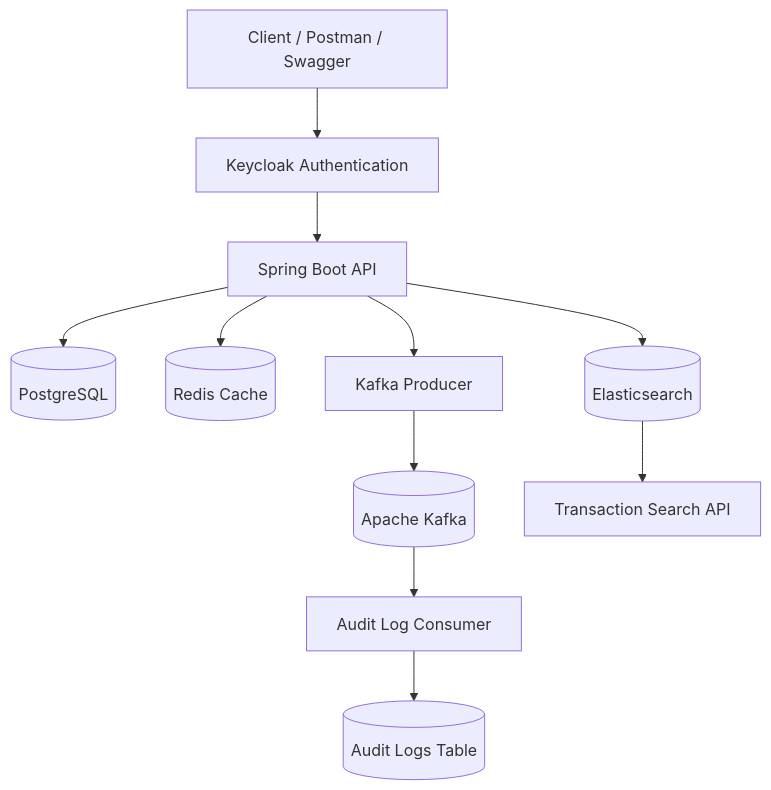
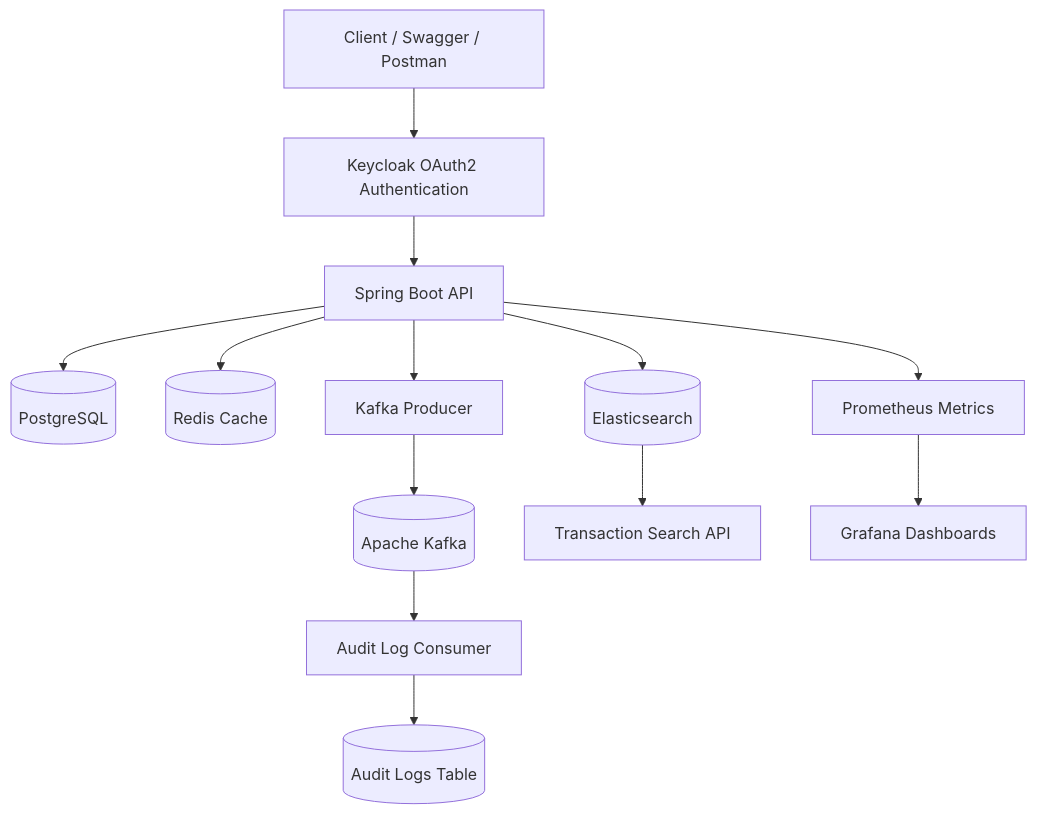
Before and after one commit to siddhants4000/enterprise-digital-wallet: the first of 2 diagrams in README.md, drawn with Mermaid. The commit also changed other lines of this file and 1 other file, not shown here.

Commit message:
feat: add monitoring, metrics, rate limiting, and observability stack

````diff
--- a/README.md
+++ b/README.md
@@ -149,25 +158,29 @@
 ```mermaid
 flowchart TD
 
-    Client[Client / Postman / Swagger]
+    Client[Client / Swagger / Postman]
 
-    Client --> Keycloak[Keycloak Authentication]
+    Client --> Keycloak[Keycloak OAuth2 Authentication]
 
     Keycloak --> SpringBoot[Spring Boot API]
 
     SpringBoot --> PostgreSQL[(PostgreSQL)]
 
     SpringBoot --> Redis[(Redis Cache)]
 
     SpringBoot --> KafkaProducer[Kafka Producer]
 
     KafkaProducer --> Kafka[(Apache Kafka)]
 
     Kafka --> KafkaConsumer[Audit Log Consumer]
 
     KafkaConsumer --> AuditLogs[(Audit Logs Table)]
 
     SpringBoot --> Elasticsearch[(Elasticsearch)]
 
     Elasticsearch --> SearchAPI[Transaction Search API]
+
+    SpringBoot --> Prometheus[Prometheus Metrics]
+
+    Prometheus --> Grafana[Grafana Dashboards]
 ```
````
